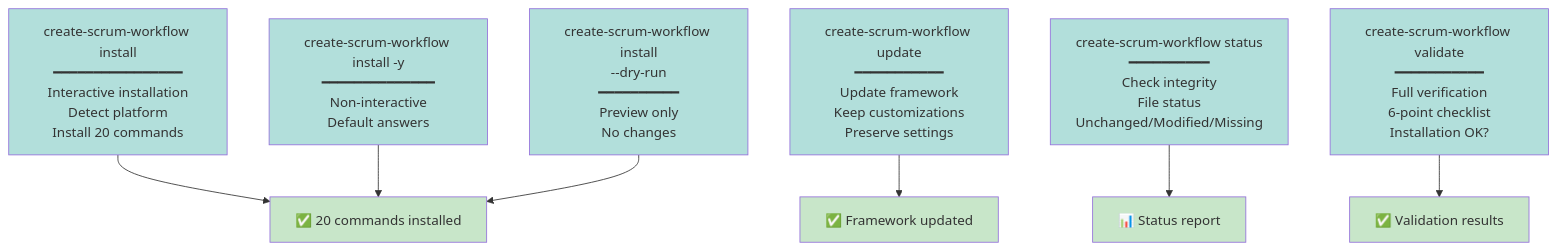
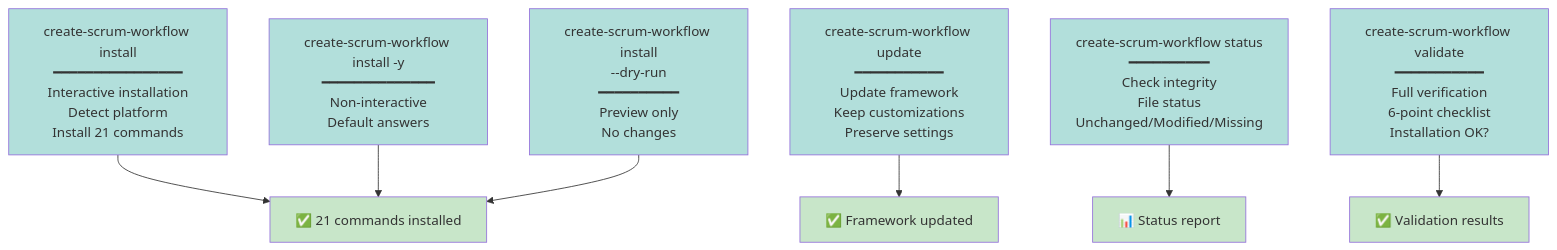
Before and after one commit to samibel/scrum_workflow: the sixth of 7 diagrams in src/docs/ALL-COMMANDS.md, drawn with Mermaid. The commit also changed other lines of this file, not shown here.

First line of the commit message:
docs: list /scrum-ticket-changes in ALL-COMMANDS overview

````diff
--- a/src/docs/ALL-COMMANDS.md
+++ b/src/docs/ALL-COMMANDS.md
@@ -128,32 +132,32 @@
 ```mermaid
 graph TD
-    A["create-scrum-workflow install<br/>━━━━━━━━━━━━━━━━<br/>Interactive installation<br/>Detect platform<br/>Install 20 commands"]
+    A["create-scrum-workflow install<br/>━━━━━━━━━━━━━━━━<br/>Interactive installation<br/>Detect platform<br/>Install 21 commands"]
     
     B["create-scrum-workflow install -y<br/>━━━━━━━━━━━━━━<br/>Non-interactive<br/>Default answers"]
     
     C["create-scrum-workflow install<br/>--dry-run<br/>━━━━━━━━━━<br/>Preview only<br/>No changes"]
     
     D["create-scrum-workflow update<br/>━━━━━━━━━━━<br/>Update framework<br/>Keep customizations<br/>Preserve settings"]
     
     E["create-scrum-workflow status<br/>━━━━━━━━━━<br/>Check integrity<br/>File status<br/>Unchanged/Modified/Missing"]
     
     F["create-scrum-workflow validate<br/>━━━━━━━━━━━<br/>Full verification<br/>6-point checklist<br/>Installation OK?"]
     
-    A --> Output1["✅ 20 commands installed"]
+    A --> Output1["✅ 21 commands installed"]
     B --> Output1
     C --> Output1
     D --> Output2["✅ Framework updated"]
     E --> Output3["📊 Status report"]
     F --> Output4["✅ Validation results"]
     
     style A fill:#b2dfdb
     style B fill:#b2dfdb
     style C fill:#b2dfdb
     style D fill:#b2dfdb
     style E fill:#b2dfdb
     style F fill:#b2dfdb
     style Output1 fill:#c8e6c9
     style Output2 fill:#c8e6c9
     style Output3 fill:#c8e6c9
     style Output4 fill:#c8e6c9
 ```
````
